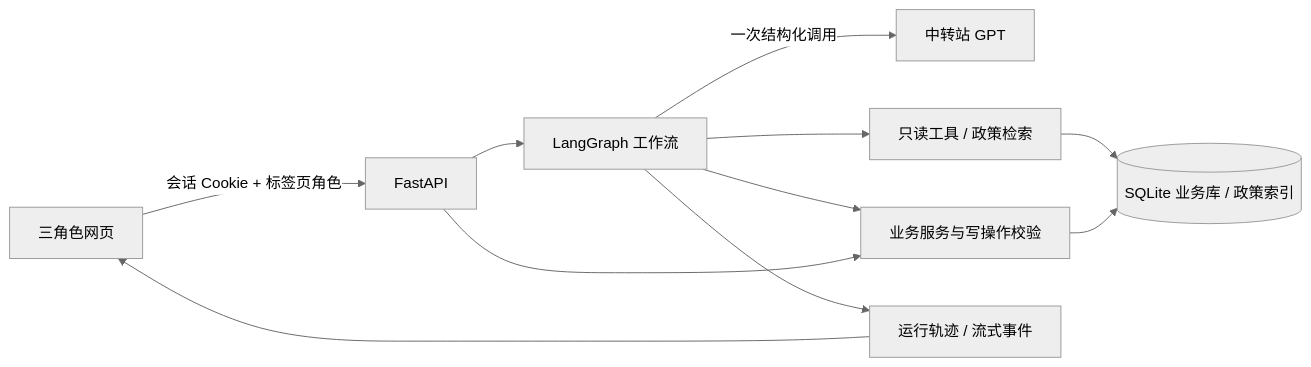
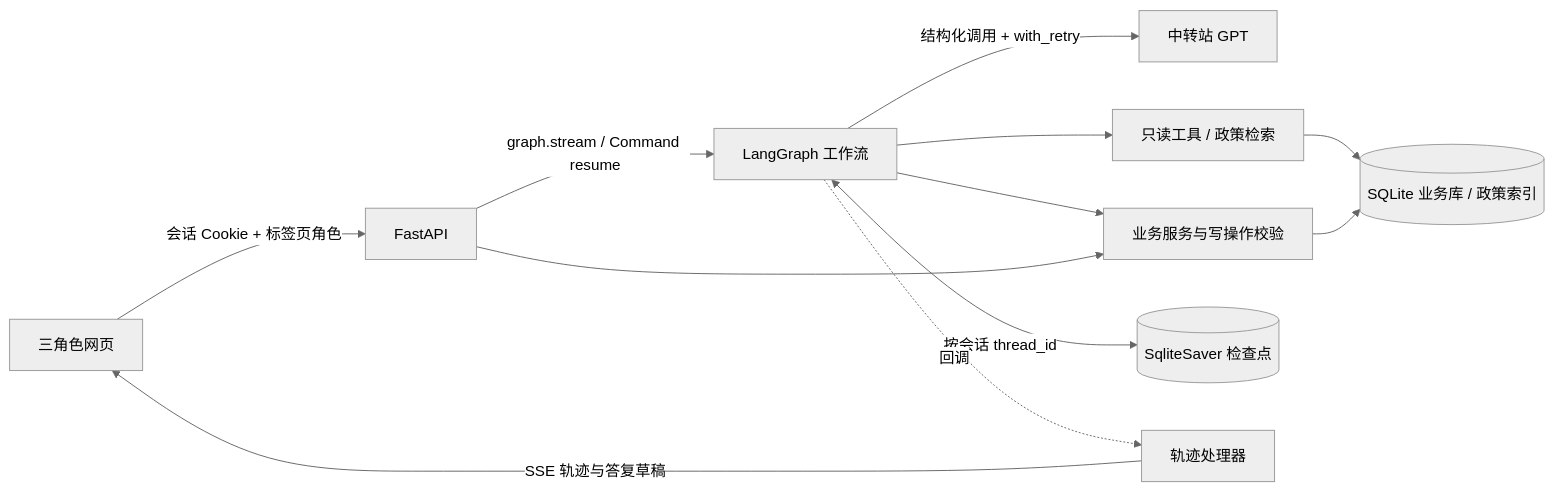
Before and after one commit to JohnDeoW/after-sales-agent: the first of 2 diagrams in PROJECT_DESIGN.md, drawn with Mermaid (neutral theme). The commit also changed other lines of this file and 34 other files, not shown here.

First line of the commit message:
LangGraph 原生化：检查点、interrupt、原生流式与回调轨迹

````diff
--- a/PROJECT_DESIGN.md
+++ b/PROJECT_DESIGN.md
@@ -42,13 +42,14 @@
 ```mermaid
 flowchart LR
     UI[三角色网页] -->|会话 Cookie + 标签页角色| API[FastAPI]
-    API --> WF[LangGraph 工作流]
-    WF -->|一次结构化调用| LLM[中转站 GPT]
+    API -->|graph.stream / Command resume| WF[LangGraph 工作流]
+    WF -->|结构化调用 + with_retry| LLM[中转站 GPT]
     WF --> RT[只读工具 / 政策检索]
     WF --> BS[业务服务与写操作校验]
     API --> BS
     RT --> DB[(SQLite 业务库 / 政策索引)]
     BS --> DB
-    WF --> TR[运行轨迹 / 流式事件]
-    TR --> UI
+    WF <-->|按会话 thread_id| CP[(SqliteSaver 检查点)]
+    WF -.回调.-> TR[轨迹处理器]
+    TR -->|SSE 轨迹与答复草稿| UI
 ```
````
